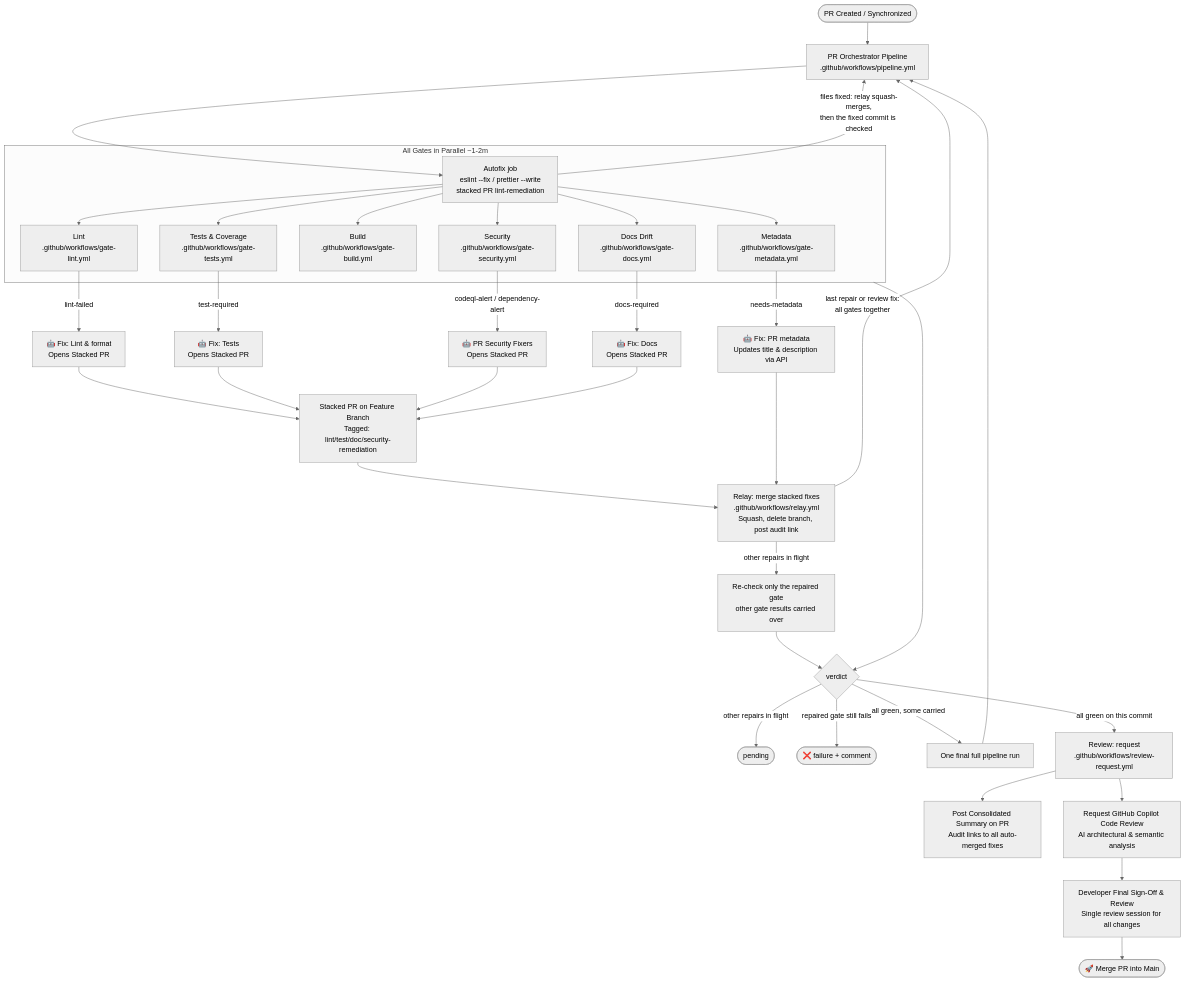
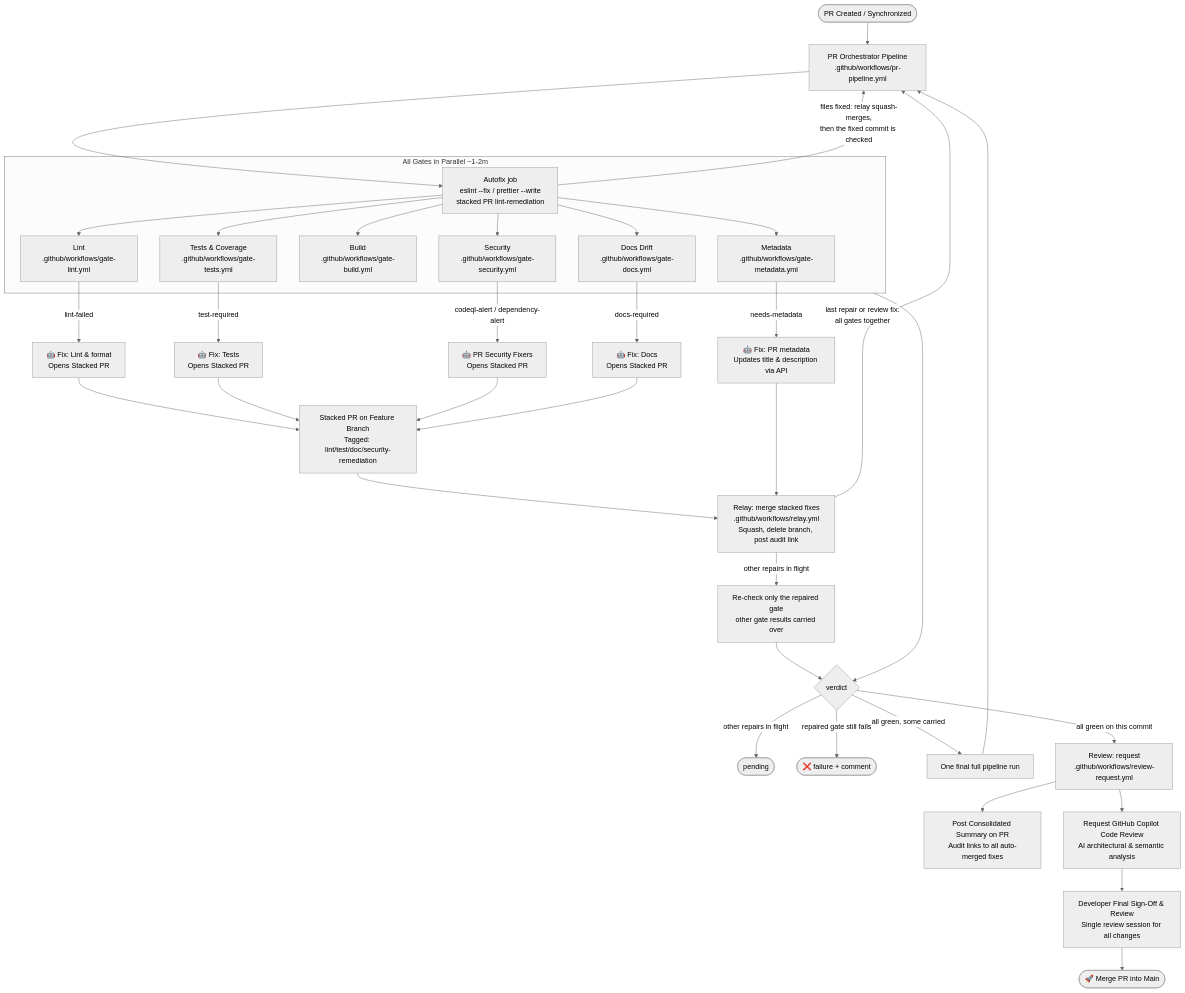
One commit to SitoaderOrg/ForgeFlow changed the diagram in docs/mermaid/autonomous_remediation_loops.mermaid. Above: the diagram before and after it, drawn with Mermaid (neutral theme). The commit also changed 13 other files, not shown here.

```diff
--- a/docs/mermaid/autonomous_remediation_loops.mermaid
+++ b/docs/mermaid/autonomous_remediation_loops.mermaid
@@ -1,38 +1,38 @@
 flowchart TD
-    Start([PR Created / Synchronized]) --> Pipeline[PR Orchestrator Pipeline\n.github/workflows/pipeline.yml]
+    Start([PR Created / Synchronized]) --> Pipeline[PR Orchestrator Pipeline\n.github/workflows/pr-pipeline.yml]
     Pipeline --> Autofix[Autofix job\neslint --fix / prettier --write\nstacked PR lint-remediation]
     Autofix -->|files fixed: relay squash-merges,\nthen the fixed commit is checked| Pipeline
 
     subgraph Parallel [All Gates in Parallel ~1-2m]
         Autofix --> Gate[Metadata\n.github/workflows/gate-metadata.yml]
         Autofix --> Lint[Lint\n.github/workflows/gate-lint.yml]
         Autofix --> Build[Build\n.github/workflows/gate-build.yml]
         Autofix --> Test[Tests & Coverage\n.github/workflows/gate-tests.yml]
         Autofix --> Sec[Security\n.github/workflows/gate-security.yml]
         Autofix --> DocEval[Docs Drift\n.github/workflows/gate-docs.yml]
     end
 
     %% Direct fix loop (no stacked PR)
     Gate -->|needs-metadata| AgentMeta[🤖 Fix: PR metadata\nUpdates title & description via API]
 
     %% Stacked PR remediation loops (auto-merged), dispatched at the same time
     Lint -->|lint-failed| AgentLint[🤖 Fix: Lint & format\nOpens Stacked PR]
     Test -->|test-required| AgentTest[🤖 Fix: Tests\nOpens Stacked PR]
     Sec -->|codeql-alert / dependency-alert| AgentSec[🤖 PR Security Fixers\nOpens Stacked PR]
     DocEval -->|docs-required| AgentDoc[🤖 Fix: Docs\nOpens Stacked PR]
 
     AgentLint & AgentTest & AgentSec & AgentDoc --> StackedPR[Stacked PR on Feature Branch\nTagged: lint/test/doc/security-remediation]
     StackedPR --> AutoMerge[Relay: merge stacked fixes\n.github/workflows/relay.yml\nSquash, delete branch, post audit link]
     AgentMeta --> AutoMerge
     AutoMerge -->|other repairs in flight| Recheck[Re-check only the repaired gate\nother gate results carried over]
     AutoMerge -->|last repair or review fix:\nall gates together| Pipeline
 
     Parallel & Recheck --> Verdict{verdict}
     Verdict -->|other repairs in flight| Wait([pending])
     Verdict -->|repaired gate still fails| Fail([❌ failure + comment])
     Verdict -->|all green, some carried| Final[One final full pipeline run] --> Pipeline
     Verdict -->|all green on this commit| Stage4[Review: request\n.github/workflows/review-request.yml]
     Stage4 --> PostSummary[Post Consolidated Summary on PR\nAudit links to all auto-merged fixes]
     Stage4 --> AICodeReview[Request GitHub Copilot Code Review\nAI architectural & semantic analysis]
     AICodeReview --> HumanReview[Developer Final Sign-Off & Review\nSingle review session for all changes]
     HumanReview --> Merge([🚀 Merge PR into Main])
```
